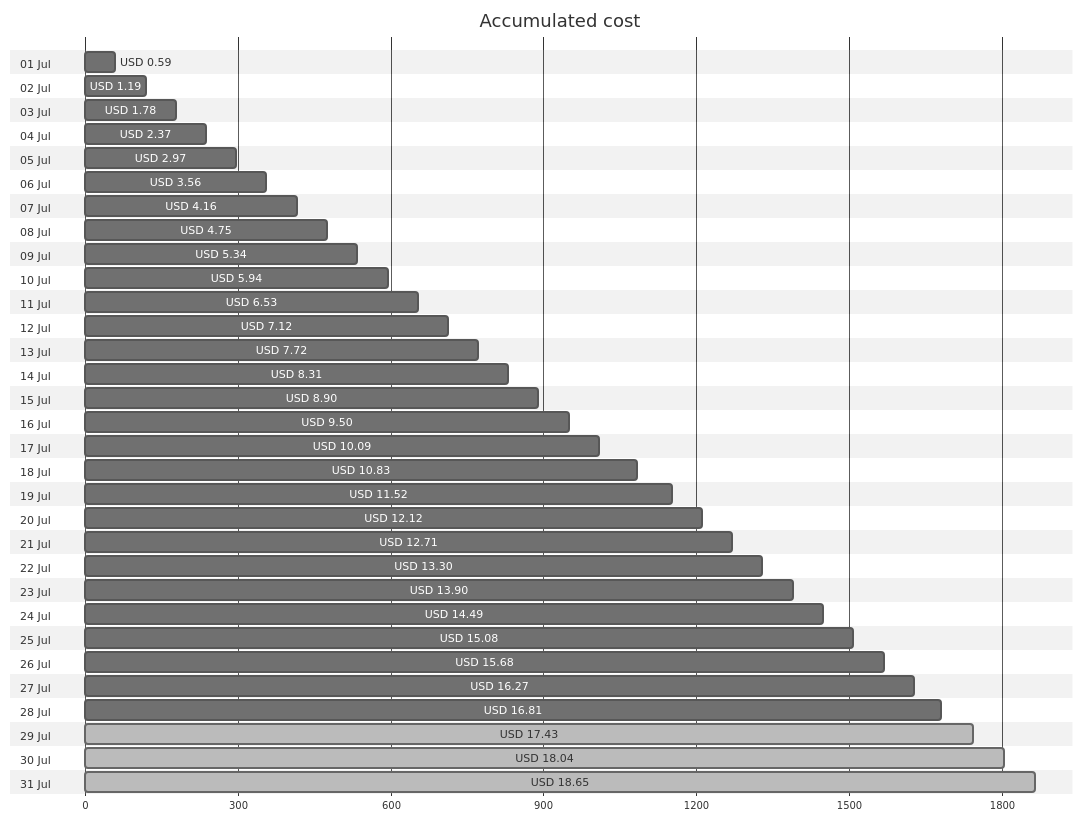
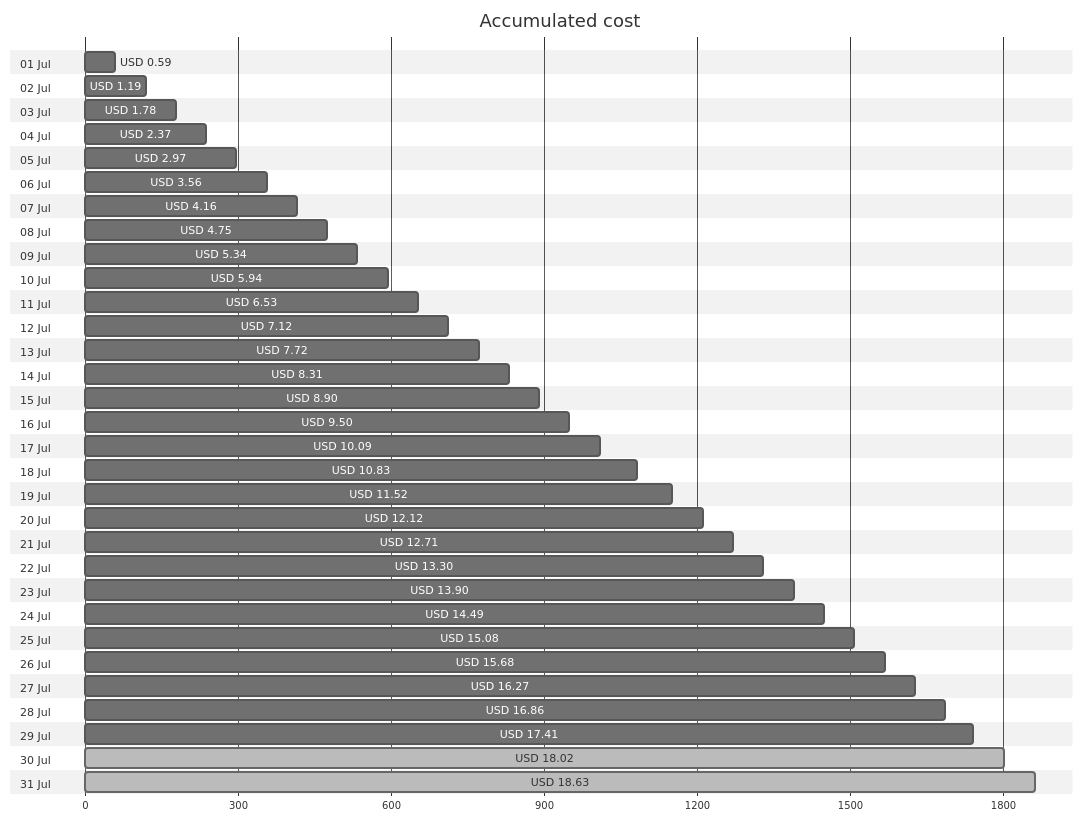
One commit to jpfulton/azure-personal-reports changed the first of 4 diagrams in cost-reports/personal-site/README.md. Above: the diagram before and after it, drawn with Mermaid (neutral theme). The commit also changed other lines of this file and 6 other files, not shown here.

````diff
--- a/cost-reports/personal-site/README.md
+++ b/cost-reports/personal-site/README.md
@@ -20,68 +20,68 @@
 ```mermaid
 gantt
    title Accumulated cost
    dateFormat  X
    axisFormat %s
    section 01 Jul
    USD 0.59 :0, 59
    section 02 Jul
    USD 1.19 :0, 119
    section 03 Jul
    USD 1.78 :0, 178
    section 04 Jul
    USD 2.37 :0, 237
    section 05 Jul
    USD 2.97 :0, 297
    section 06 Jul
    USD 3.56 :0, 356
    section 07 Jul
    USD 4.16 :0, 416
    section 08 Jul
    USD 4.75 :0, 475
    section 09 Jul
    USD 5.34 :0, 534
    section 10 Jul
    USD 5.94 :0, 594
    section 11 Jul
    USD 6.53 :0, 653
    section 12 Jul
    USD 7.12 :0, 712
    section 13 Jul
    USD 7.72 :0, 772
    section 14 Jul
    USD 8.31 :0, 831
    section 15 Jul
    USD 8.90 :0, 890
    section 16 Jul
    USD 9.50 :0, 950
    section 17 Jul
    USD 10.09 :0, 1009
    section 18 Jul
    USD 10.83 :0, 1083
    section 19 Jul
    USD 11.52 :0, 1152
    section 20 Jul
    USD 12.12 :0, 1212
    section 21 Jul
    USD 12.71 :0, 1271
    section 22 Jul
    USD 13.30 :0, 1330
    section 23 Jul
    USD 13.90 :0, 1390
    section 24 Jul
    USD 14.49 :0, 1449
    section 25 Jul
    USD 15.08 :0, 1508
    section 26 Jul
    USD 15.68 :0, 1568
    section 27 Jul
    USD 16.27 :0, 1627
    section 28 Jul
-   USD 16.81 :0, 1681
+   USD 16.86 :0, 1686
    section 29 Jul
-   USD 17.43 : done, 0, 1743
+   USD 17.41 :0, 1741
    section 30 Jul
-   USD 18.04 : done, 0, 1804
+   USD 18.02 : done, 0, 1802
    section 31 Jul
-   USD 18.65 : done, 0, 1865
+   USD 18.63 : done, 0, 1863
 ```
````
